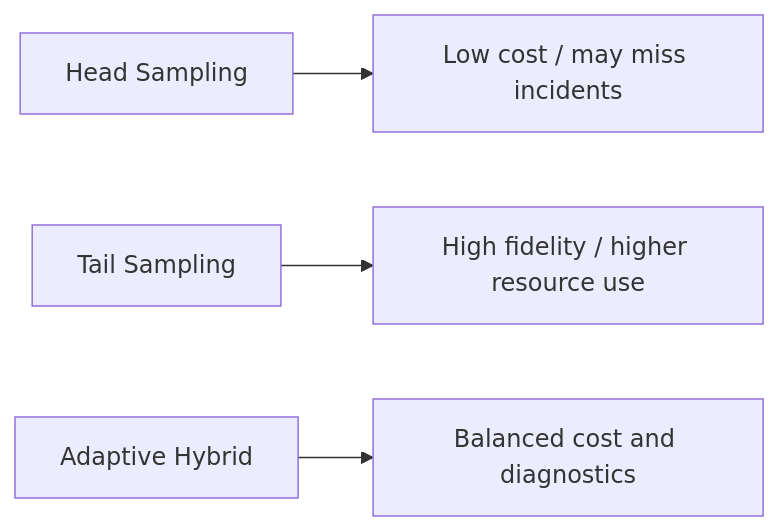
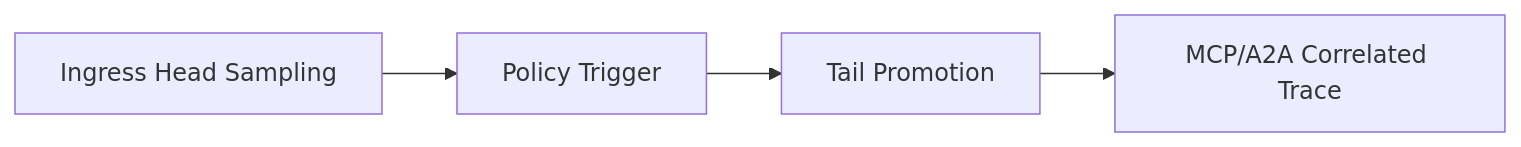
One commit to turbo998/ai-infra-lab changed the second of 3 diagrams in workshops/azure-agent-infra/agent-observability-sampling-selection-faq.en.md. Above: the diagram before and after it, drawn with Mermaid. The commit also changed other lines of this file and 29 other files, not shown here.

````diff
--- a/workshops/azure-agent-infra/agent-observability-sampling-selection-faq.en.md
+++ b/workshops/azure-agent-infra/agent-observability-sampling-selection-faq.en.md
@@ -42,6 +43,6 @@
 ```mermaid
 flowchart LR
-  H1[Head Sampling] --> H2[Low cost / may miss incidents]
-  T1[Tail Sampling] --> T2[High fidelity / higher resource use]
-  A1[Adaptive Hybrid] --> A2[Balanced cost and diagnostics]
+  P1[Ingress Head Sampling] --> P2[Policy Trigger]
+  P2 --> P3[Tail Promotion]
+  P3 --> P4[MCP/A2A Correlated Trace]
 ```
````
